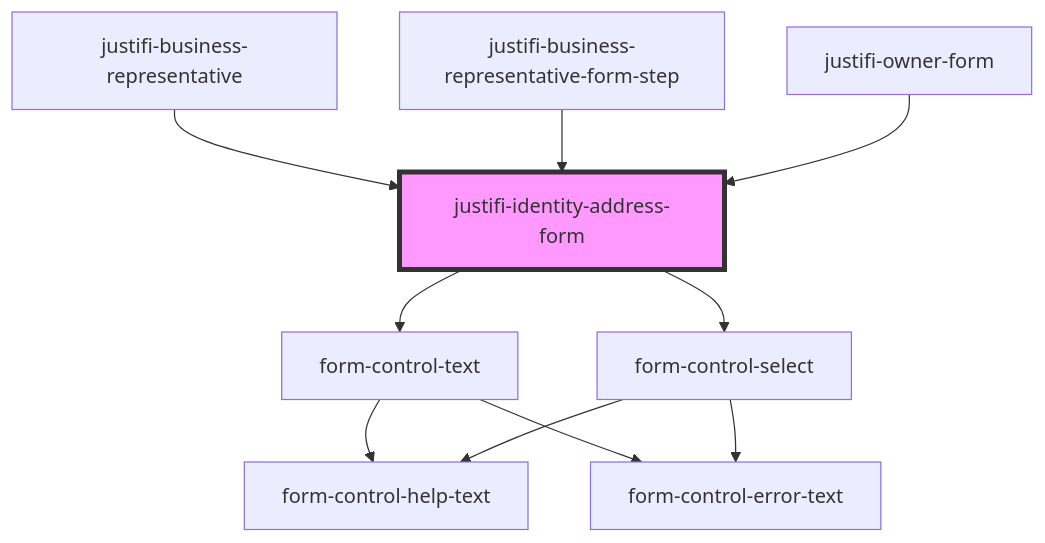
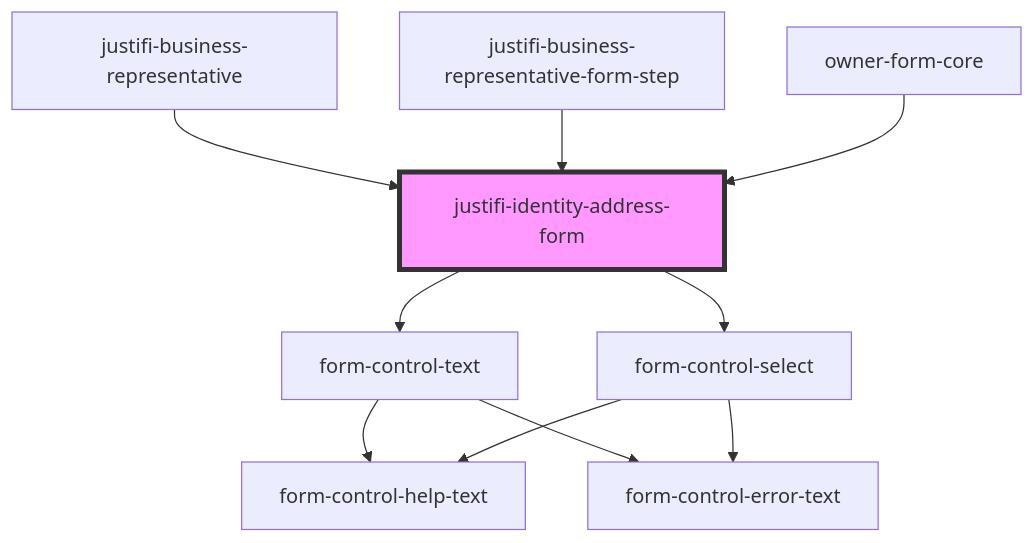
The diagram in packages/webcomponents/src/components/business-forms/owner-form/identity-address/readme.md (justifi-tech/web-component-library), drawn with Mermaid before and after one commit. The commit also changed other lines of this file and 11 other files, not shown here.

Commit message:
Begin refactoring owner form into core component structure

````diff
--- a/packages/webcomponents/src/components/business-forms/owner-form/identity-address/readme.md
+++ b/packages/webcomponents/src/components/business-forms/owner-form/identity-address/readme.md
@@ -31,13 +31,13 @@
 ```mermaid
 graph TD;
   justifi-identity-address-form --> form-control-text
   justifi-identity-address-form --> form-control-select
   form-control-text --> form-control-help-text
   form-control-text --> form-control-error-text
   form-control-select --> form-control-help-text
   form-control-select --> form-control-error-text
   justifi-business-representative --> justifi-identity-address-form
   justifi-business-representative-form-step --> justifi-identity-address-form
-  justifi-owner-form --> justifi-identity-address-form
+  owner-form-core --> justifi-identity-address-form
   style justifi-identity-address-form fill:#f9f,stroke:#333,stroke-width:4px
 ```
````
